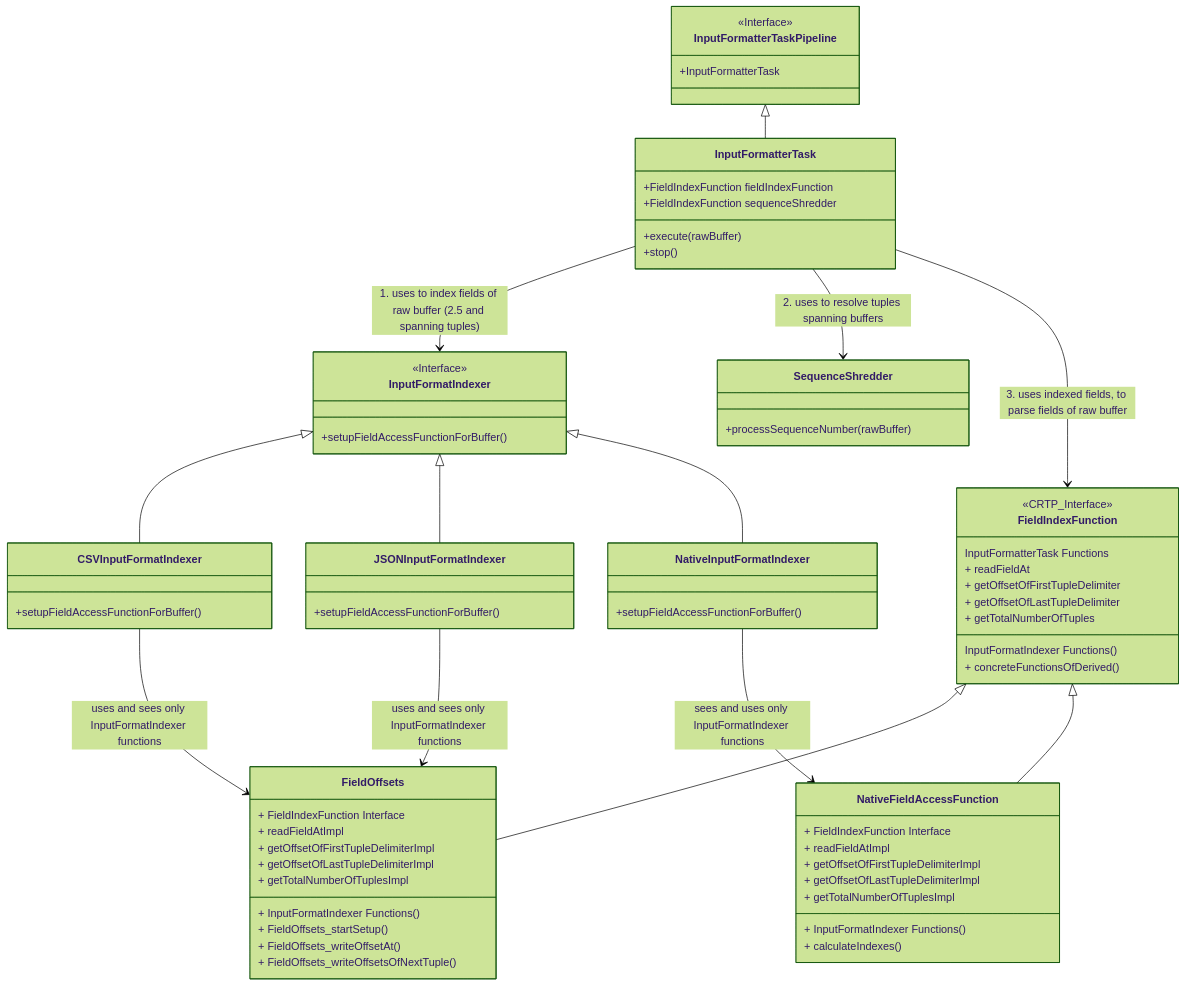
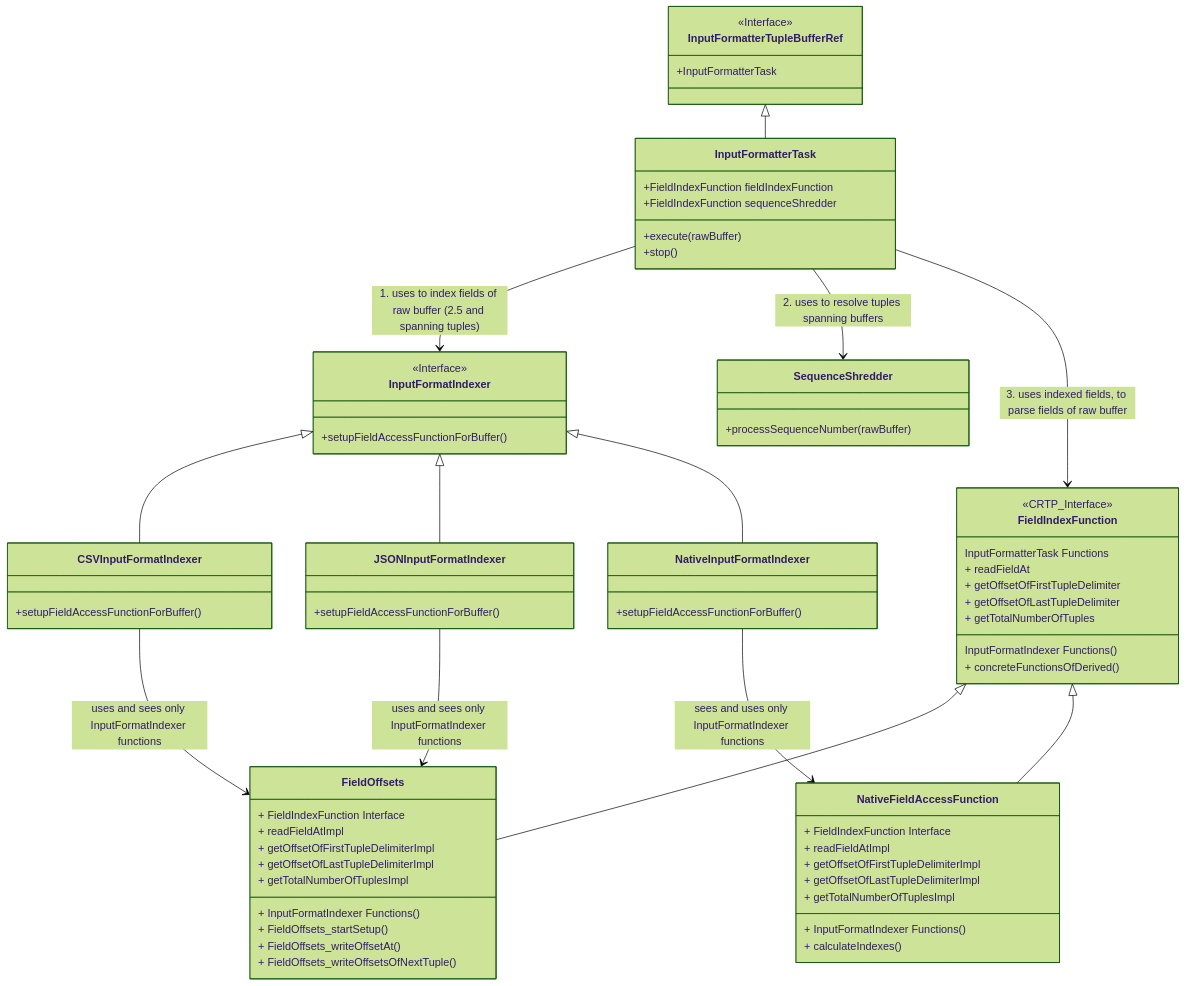
Before and after one commit to nebulastream/nebulastream: the third of 3 diagrams in nes-input-formatters/README.md, drawn with Mermaid (forest theme). The commit also changed other lines of this file and 14 other files, not shown here.

Commit message:
renamed InputFormatterTaskPipeline and moved ScanPhysicalOperator back

````diff
--- a/nes-input-formatters/README.md
+++ b/nes-input-formatters/README.md
@@ -170,71 +170,71 @@
 ```mermaid
 classDiagram
-    InputFormatterTaskPipeline <|-- InputFormatterTask
+    InputFormatterTupleBufferRef <|-- InputFormatterTask
     InputFormatterTask --> InputFormatIndexer: 1. uses to index fields of raw buffer (2.5 and spanning tuples)
     InputFormatterTask --> SequenceShredder: 2. uses to resolve tuples spanning buffers
     InputFormatterTask --> FieldIndexFunction: 3. uses indexed fields, to parse fields of raw buffer
     CSVInputFormatIndexer --> FieldOffsets: uses and sees only InputFormatIndexer functions
     JSONInputFormatIndexer --> FieldOffsets: uses and sees only InputFormatIndexer functions
     NativeInputFormatIndexer --> NativeFieldAccessFunction: sees and uses only InputFormatIndexer functions
     FieldIndexFunction <|-- FieldOffsets
     FieldIndexFunction <|-- NativeFieldAccessFunction
     InputFormatIndexer <|-- CSVInputFormatIndexer
     InputFormatIndexer <|-- JSONInputFormatIndexer
     InputFormatIndexer <|-- NativeInputFormatIndexer
-    class InputFormatterTaskPipeline {
+    class InputFormatterTupleBufferRef {
         <<Interface>>
         +InputFormatterTask
     }
     class InputFormatterTask {
         +FieldIndexFunction fieldIndexFunction
         +FieldIndexFunction sequenceShredder
         +execute(rawBuffer)
         +stop()
     }
     class SequenceShredder {
         +processSequenceNumber(rawBuffer)
     }
     class FieldIndexFunction {
         <<CRTP_Interface>>
         InputFormatterTask Functions
         + readFieldAt
         + getOffsetOfFirstTupleDelimiter
         + getOffsetOfLastTupleDelimiter
         + getTotalNumberOfTuples
         InputFormatIndexer Functions()
         + concreteFunctionsOfDerived()
     }
     class InputFormatIndexer {
         <<Interface>>
         +setupFieldAccessFunctionForBuffer()
     }
     class FieldOffsets {
         + FieldIndexFunction Interface
         + readFieldAtImpl
         + getOffsetOfFirstTupleDelimiterImpl
         + getOffsetOfLastTupleDelimiterImpl
         + getTotalNumberOfTuplesImpl
         + InputFormatIndexer Functions()
         + FieldOffsets_startSetup()
         + FieldOffsets_writeOffsetAt()
         + FieldOffsets_writeOffsetsOfNextTuple()
     }
     class NativeFieldAccessFunction {
         + FieldIndexFunction Interface
         + readFieldAtImpl
         + getOffsetOfFirstTupleDelimiterImpl
         + getOffsetOfLastTupleDelimiterImpl
         + getTotalNumberOfTuplesImpl
         + InputFormatIndexer Functions()
         + calculateIndexes()
     }
     class CSVInputFormatIndexer {
         +setupFieldAccessFunctionForBuffer()
     }
     class JSONInputFormatIndexer {
         +setupFieldAccessFunctionForBuffer()
     }
     class NativeInputFormatIndexer {
         +setupFieldAccessFunctionForBuffer()
     }
 ```
````
